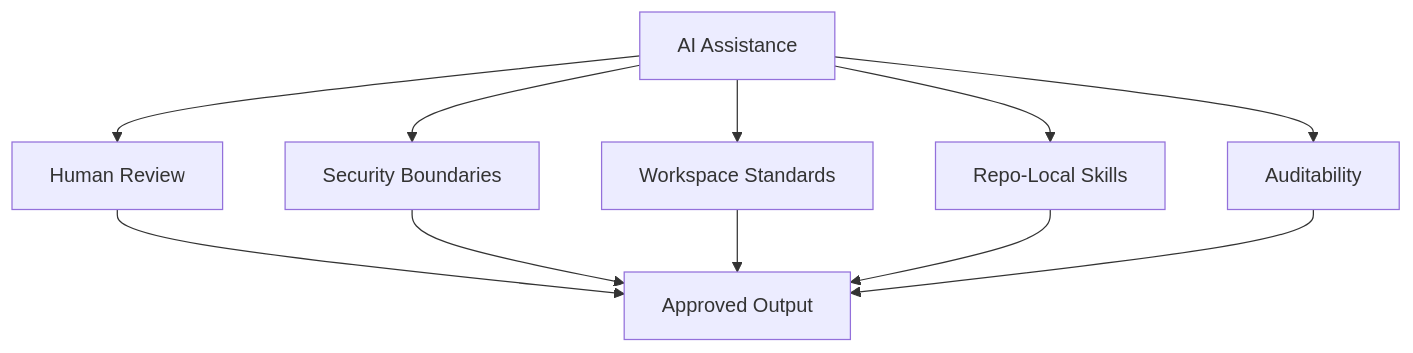
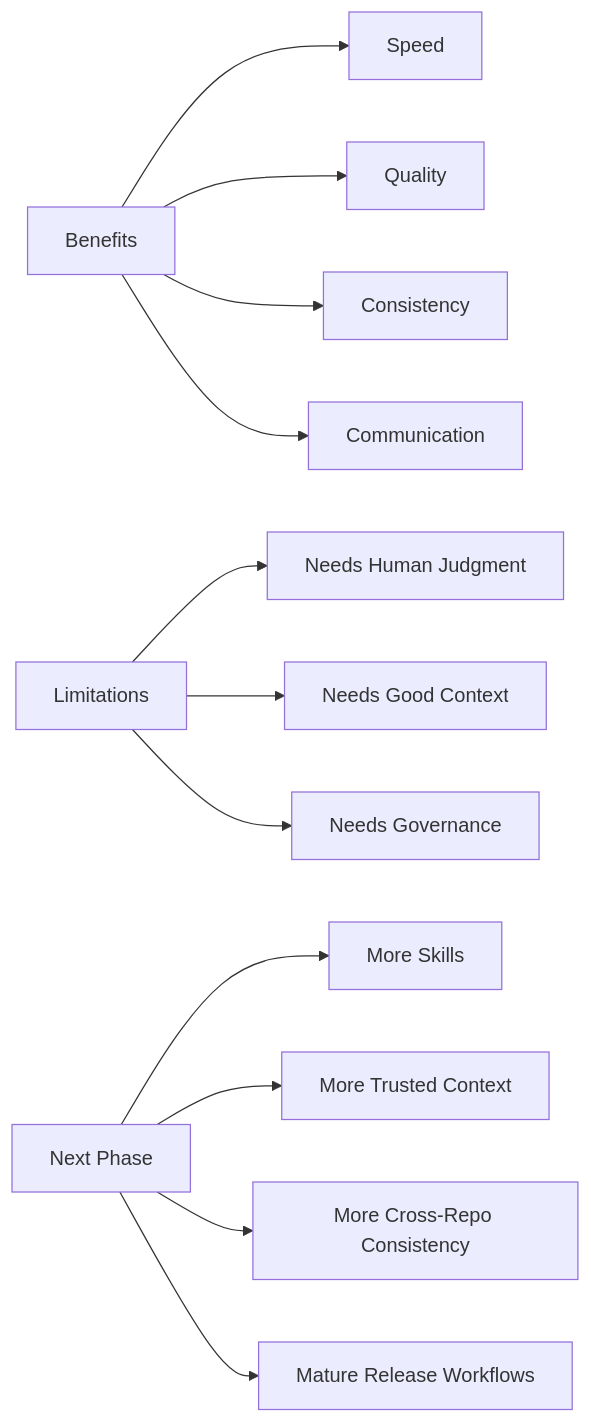
Before and after one commit to refat-asadullah-creolytix-dev/refat-asadullah-creolytix-dev: diagram 17 of 18 in creolytix-ai-delivery-model.md, drawn with Mermaid. The commit also changed other lines of this file, not shown here.

````diff
--- a/creolytix-ai-delivery-model.md
+++ b/creolytix-ai-delivery-model.md
@@ -844,13 +498,16 @@
 ```mermaid
-flowchart TB
-    A[AI Assistance] --> B[Human Review]
-    A --> C[Security Boundaries]
-    A --> D[Workspace Standards]
-    A --> E[Repo-Local Skills]
-    A --> F[Auditability]
-    B --> G[Approved Output]
-    C --> G
-    D --> G
-    E --> G
-    F --> G
+flowchart LR
+    A[Benefits] --> A1[Speed]
+    A --> A2[Quality]
+    A --> A3[Consistency]
+    A --> A4[Communication]
+
+    B[Limitations] --> B1[Needs Human Judgment]
+    B --> B2[Needs Good Context]
+    B --> B3[Needs Governance]
+
+    C[Next Phase] --> C1[More Skills]
+    C --> C2[More Trusted Context]
+    C --> C3[More Cross-Repo Consistency]
+    C --> C4[Mature Release Workflows]
 ```
````
